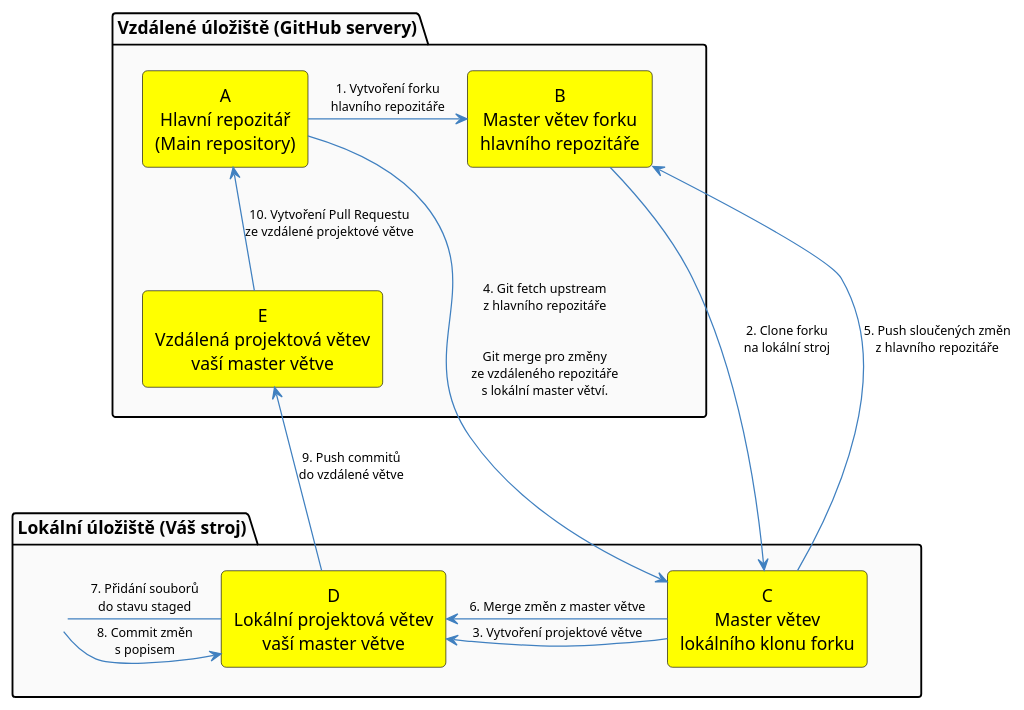
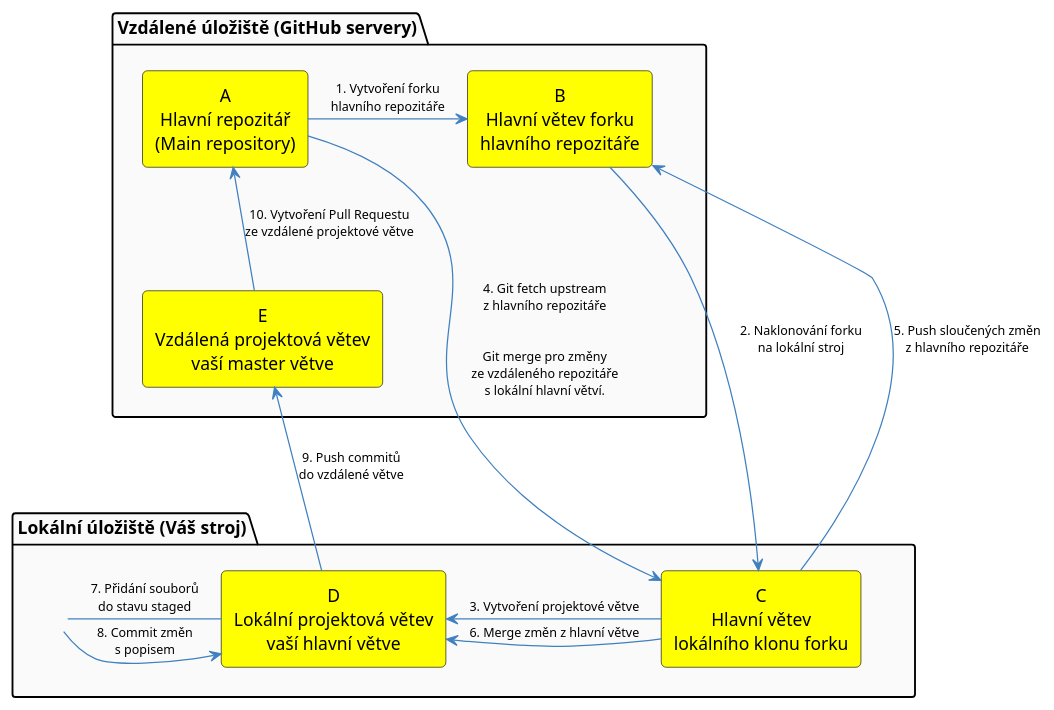
Before and after one commit to rcMarty/crabeye-thesis: the diagram in src/figures/github/fork-workflow.puml, drawn with PlantUML. The commit also changed 16 other files, not shown here.

```diff
--- a/src/figures/github/fork-workflow.puml
+++ b/src/figures/github/fork-workflow.puml
@@ -1,55 +1,55 @@
 @startuml fork-workflow
 skinparam rectangle {
     BackgroundColor #FFFF00
     BorderColor #000000
     FontColor #000000
     RoundCorner 8
 }
 skinparam package {
     BackgroundColor #FAFAFA
     BorderColor #000000
     FontColor #000000
     FontStyle bold
 }
 skinparam ArrowColor #4080C0
 skinparam ArrowFontColor #000000
 skinparam ArrowFontSize 10
 skinparam defaultTextAlignment center
 skinparam PackagePadding 100
 skinparam RectanglePadding 100
 skinparam Shadowing false
 
 package "Vzdálené úložiště (GitHub servery)" as Remote {
     rectangle "A\nHlavní repozitář\n(Main repository)" as A
-    rectangle "B\nMaster větev forku\nhlavního repozitáře" as B
+    rectangle "B\nHlavní větev forku\nhlavního repozitáře" as B
     rectangle "E\nVzdálená projektová větev\nvaší master větve" as E
 }
 
 package "Lokální úložiště (Váš stroj)" as Local {
     rectangle " " as DSpace #FAFAFA;line:FAFAFA
-    rectangle "C\nMaster větev\nlokálního klonu forku" as C
-    rectangle "D\nLokální projektová větev\nvaší master větve" as D
+    rectangle "C\nHlavní větev\nlokálního klonu forku" as C
+    rectangle "D\nLokální projektová větev\nvaší hlavní větve" as D
 }
 
 Remote -[hidden]down-> Local
 
 ' --- MAGICAL GRID ---
 
 A -[hidden]right-> B
 A -[hidden]down-> E
 E -[hidden]down-> D
 B -[hidden]down-> C
 D -[hidden]right-> C
 
 A -right-> B : 1. Vytvoření forku\nhlavního repozitáře
-B -down-> C  : 2. Clone forku\nna lokální stroj
+B -down-> C  : 2. Naklonování forku\nna lokální stroj
 C -left-> D  : 3. Vytvoření projektové větve
-A --> C  : 4. Git fetch upstream\nz hlavního repozitáře\n\n\nGit merge pro změny\nze vzdáleného repozitáře\ns lokální master větví.
+A --> C  : 4. Git fetch upstream\nz hlavního repozitáře\n\n\nGit merge pro změny\nze vzdáleného repozitáře\ns lokální hlavní větví.
 C -up-> B : 5. Push sloučených změn\nz hlavního repozitáře
-C -left-> D       : 6. Merge změn z master větve
+C -left-> D       : 6. Merge změn z hlavní větve
 D -left- DSpace  : 7. Přidání souborů\ndo stavu staged
 DSpace -right-> D  : 8. Commit změn\ns popisem
 D -up-> E    : 9. Push commitů\ndo vzdálené větve
 E -up-> A    : 10. Vytvoření Pull Requestu\nze vzdálené projektové větve
 
 @enduml
```
